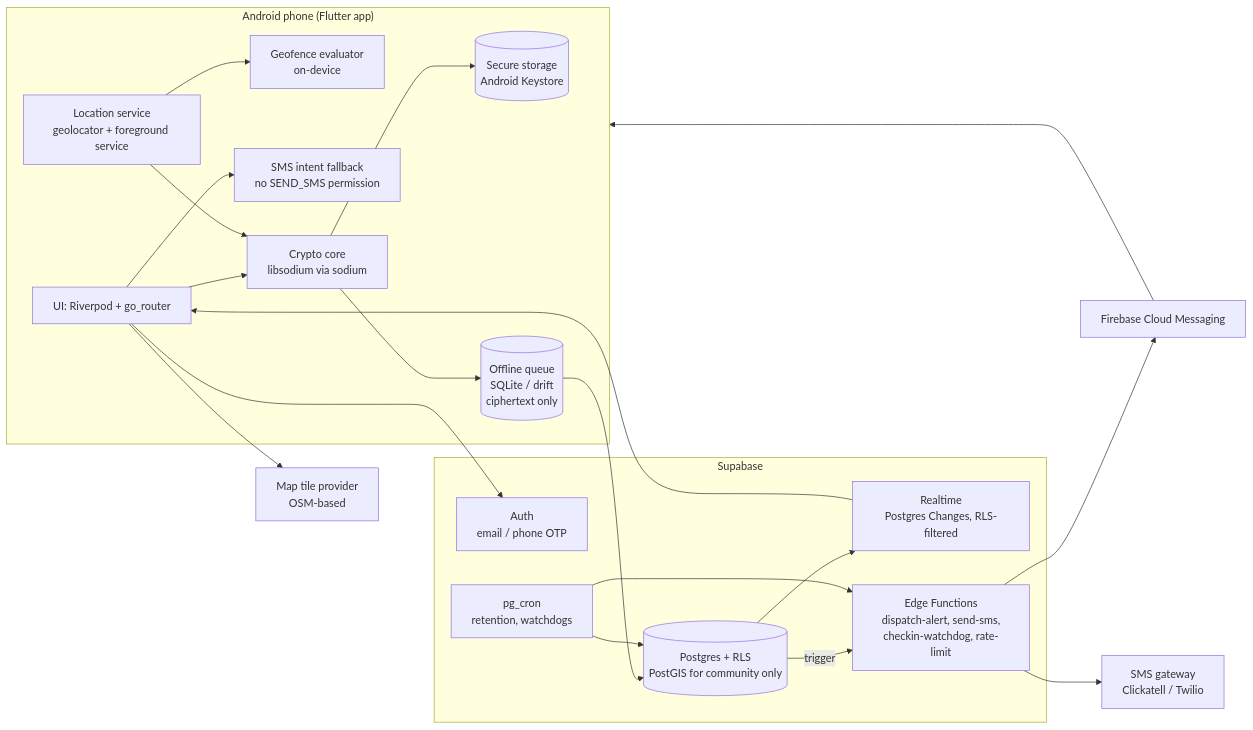
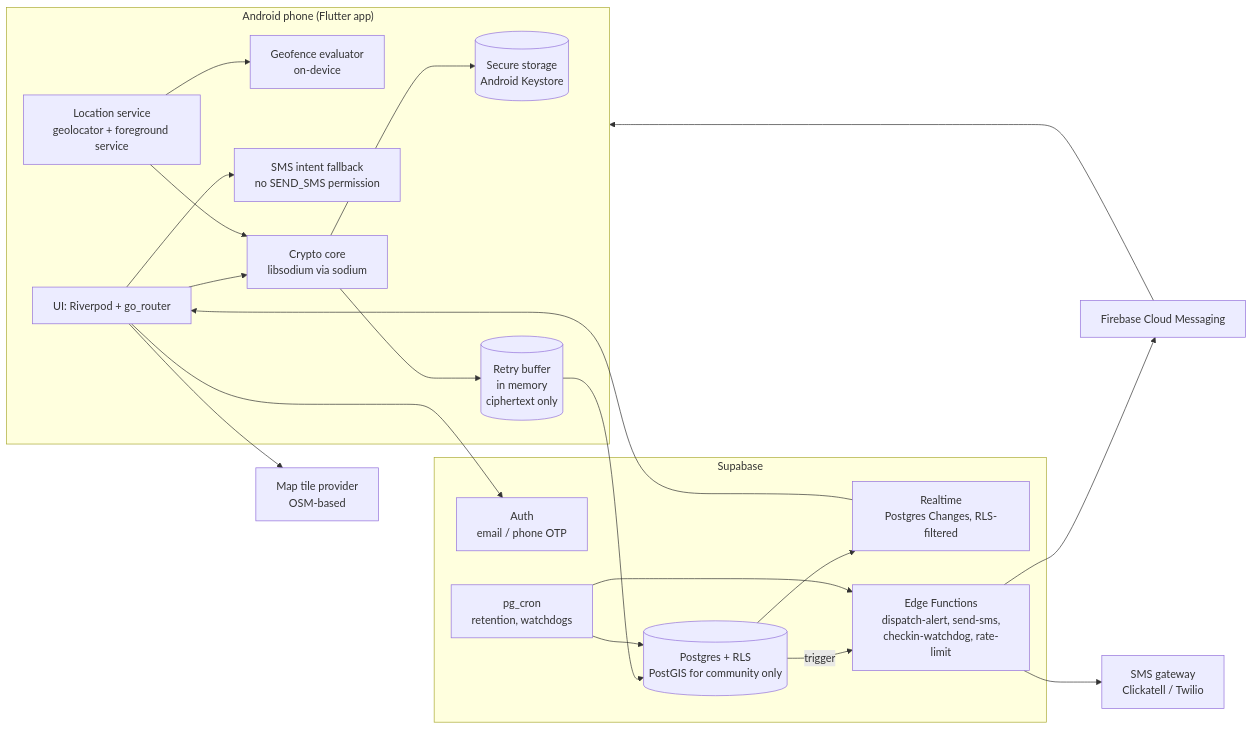
One commit to 1ungaka/AfriSafety changed the first of 3 diagrams in docs/architecture.md. Above: the diagram before and after it, drawn with Mermaid. The commit also changed other lines of this file and 6 other files, not shown here.

````diff
--- a/docs/architecture.md
+++ b/docs/architecture.md
@@ -34,36 +34,36 @@
 ```mermaid
 flowchart LR
   subgraph Phone["Android phone (Flutter app)"]
     UI[UI: Riverpod + go_router]
     LOC[Location service<br/>geolocator + foreground service]
     GEO[Geofence evaluator<br/>on-device]
     CRY[Crypto core<br/>libsodium via sodium]
     KS[(Secure storage<br/>Android Keystore)]
-    Q[(Offline queue<br/>SQLite / drift<br/>ciphertext only)]
+    Q[(Retry buffer<br/>in memory<br/>ciphertext only)]
     SMSI[SMS intent fallback<br/>no SEND_SMS permission]
   end
 
   subgraph Supabase
     AUTH[Auth<br/>email / phone OTP]
     PG[(Postgres + RLS<br/>PostGIS for community only)]
     RT[Realtime<br/>Postgres Changes, RLS-filtered]
     EF[Edge Functions<br/>dispatch-alert, send-sms,<br/>checkin-watchdog, rate-limit]
     CRON[pg_cron<br/>retention, watchdogs]
   end
 
   FCM[Firebase Cloud Messaging]
   SMSGW[SMS gateway<br/>Clickatell / Twilio]
   TILES[Map tile provider<br/>OSM-based]
 
   UI --> CRY --> KS
   LOC --> GEO
   LOC --> CRY --> Q --> PG
   PG --> RT --> UI
   UI --> AUTH
   PG -- trigger --> EF --> FCM --> Phone
   EF --> SMSGW
   CRON --> PG
   CRON --> EF
   UI --> TILES
   UI --> SMSI
 ```
````
